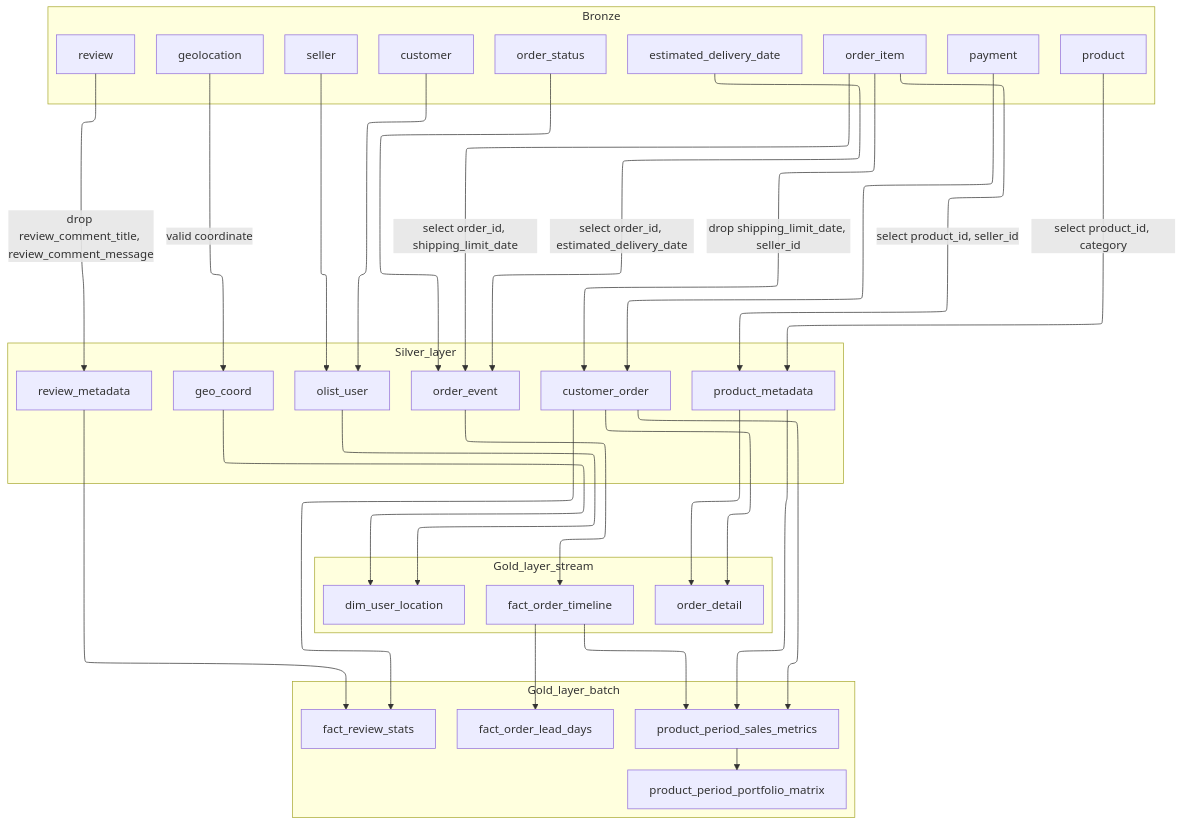
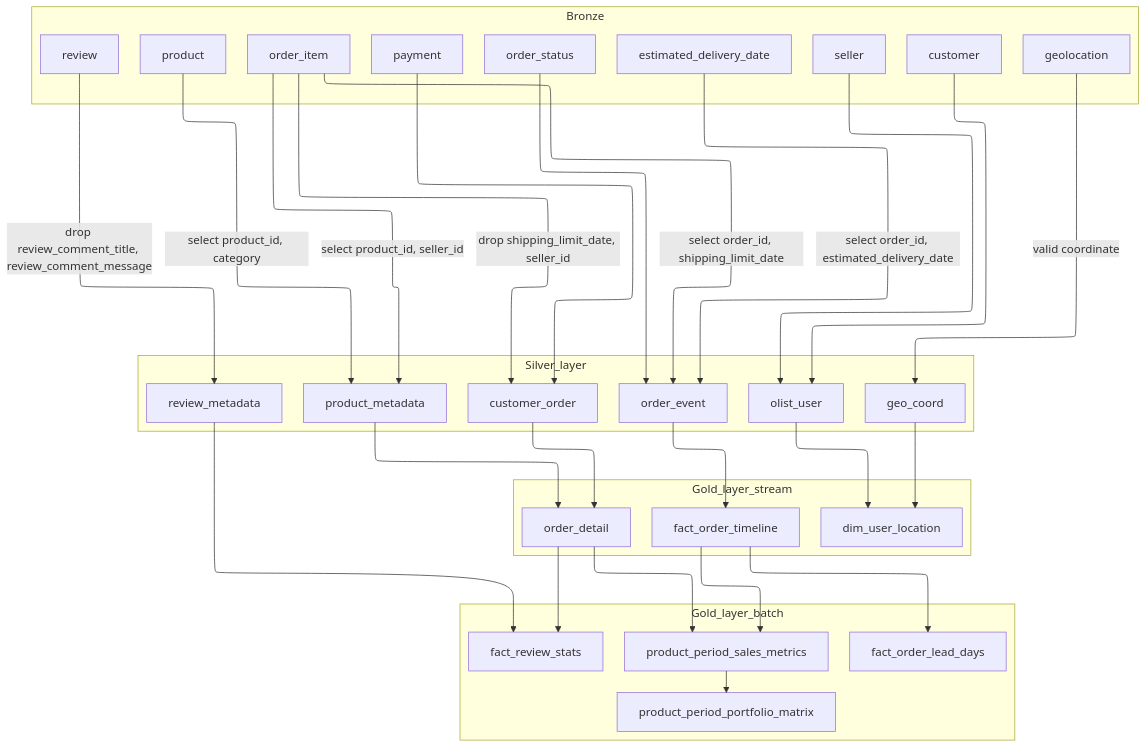
Before and after one commit to jmhwang-dev/e-commerce: the diagram in docs/pipeline.mmd, drawn with Mermaid.

Commit message:
fix(docs): update pipeline

```diff
--- a/docs/pipeline.mmd
+++ b/docs/pipeline.mmd
@@ -1,62 +1,55 @@
 ---
 config:
   layout: elk
 ---
 flowchart TD
-  subgraph Kafka_Topics["Bronze"]
-    order_status["order_status"]
-    order_item["order_item"]
-    estimated_delivery_date["estimated_delivery_date"]
-    product["product"]
-    payment["payment"]
-    customer["customer"]
-    seller["seller"]
-    geolocation["geolocation"]
-    review["review"]
+ subgraph Kafka_Topics["Bronze"]
+        order_status["order_status"]
+        order_item["order_item"]
+        estimated_delivery_date["estimated_delivery_date"]
+        product["product"]
+        payment["payment"]
+        customer["customer"]
+        seller["seller"]
+        geolocation["geolocation"]
+        review["review"]
   end
-
-  subgraph Silver_layer["Silver_layer"]
-    order_event["order_event"]
-    customer_order["customer_order"]
-    product_metadata["product_metadata"]
-    olist_user["olist_user"]
-    geo_coord["geo_coord"]
-    review_metadata["review_metadata"]
+ subgraph Silver_layer["Silver_layer"]
+        order_event["order_event"]
+        customer_order["customer_order"]
+        product_metadata["product_metadata"]
+        olist_user["olist_user"]
+        geo_coord["geo_coord"]
+        review_metadata["review_metadata"]
   end
-
-  subgraph Gold_layer_stream["Gold_layer_stream"]
-    fact_order_timeline["fact_order_timeline"]
-    order_detail["order_detail"]
-    dim_user_location["dim_user_location"]
+ subgraph Gold_layer_stream["Gold_layer_stream"]
+        fact_order_timeline["fact_order_timeline"]
+        order_detail["order_detail"]
+        dim_user_location["dim_user_location"]
   end
-
-  subgraph Gold_layer_batch["Gold_layer_batch"]
-    product_period_sales_metrics["product_period_sales_metrics"]
-    product_period_portfolio_matrix["product_period_portfolio_matrix"]
-    fact_review_stats["fact_review_stats"]
-    fact_order_lead_days["fact_order_lead_days"]
+ subgraph Gold_layer_batch["Gold_layer_batch"]
+        product_period_sales_metrics["product_period_sales_metrics"]
+        product_period_portfolio_matrix["product_period_portfolio_matrix"]
+        fact_review_stats["fact_review_stats"]
+        fact_order_lead_days["fact_order_lead_days"]
   end
-
-  order_status --> order_event
-  order_item -->|drop shipping_limit_date, seller_id| customer_order
-  order_item -->|select order_id, shipping_limit_date| order_event
-  estimated_delivery_date -->|select order_id, estimated_delivery_date| order_event
-  product -->|select product_id, category| product_metadata
-  review -->|drop review_comment_title, review_comment_message| review_metadata
-  review_metadata --> fact_review_stats
-  order_event --> fact_order_timeline
-  order_item -->|select product_id, seller_id| product_metadata
-  payment --> customer_order
-  product_metadata --> order_detail
-  product_metadata --> product_period_sales_metrics
-  customer_order --> order_detail
-  customer_order --> fact_review_stats
-  customer_order --> product_period_sales_metrics
-  fact_order_timeline --> fact_order_lead_days
-  fact_order_timeline --> product_period_sales_metrics
-  olist_user --> dim_user_location
-  geo_coord --> dim_user_location
-  seller --> olist_user
-  customer --> olist_user
-  geolocation -->|valid coordinate| geo_coord
-  product_period_sales_metrics --> product_period_portfolio_matrix
+    order_status --> order_event
+    order_item -- drop shipping_limit_date, seller_id --> customer_order
+    order_item -- select order_id, shipping_limit_date --> order_event
+    estimated_delivery_date -- select order_id, estimated_delivery_date --> order_event
+    product -- select product_id, category --> product_metadata
+    review -- drop review_comment_title, review_comment_message --> review_metadata
+    review_metadata --> fact_review_stats
+    order_event --> fact_order_timeline
+    order_item -- select product_id, seller_id --> product_metadata
+    payment --> customer_order
+    product_metadata --> order_detail
+    customer_order --> order_detail
+    fact_order_timeline --> fact_order_lead_days & product_period_sales_metrics
+    olist_user --> dim_user_location
+    geo_coord --> dim_user_location
+    seller --> olist_user
+    customer --> olist_user
+    geolocation -- valid coordinate --> geo_coord
+    product_period_sales_metrics --> product_period_portfolio_matrix
+    order_detail --> product_period_sales_metrics & fact_review_stats
```
